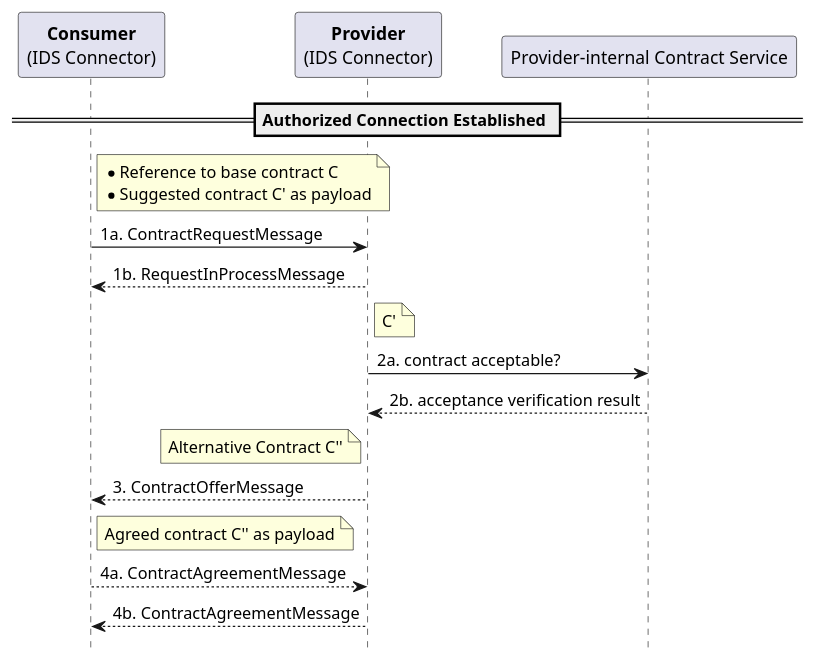
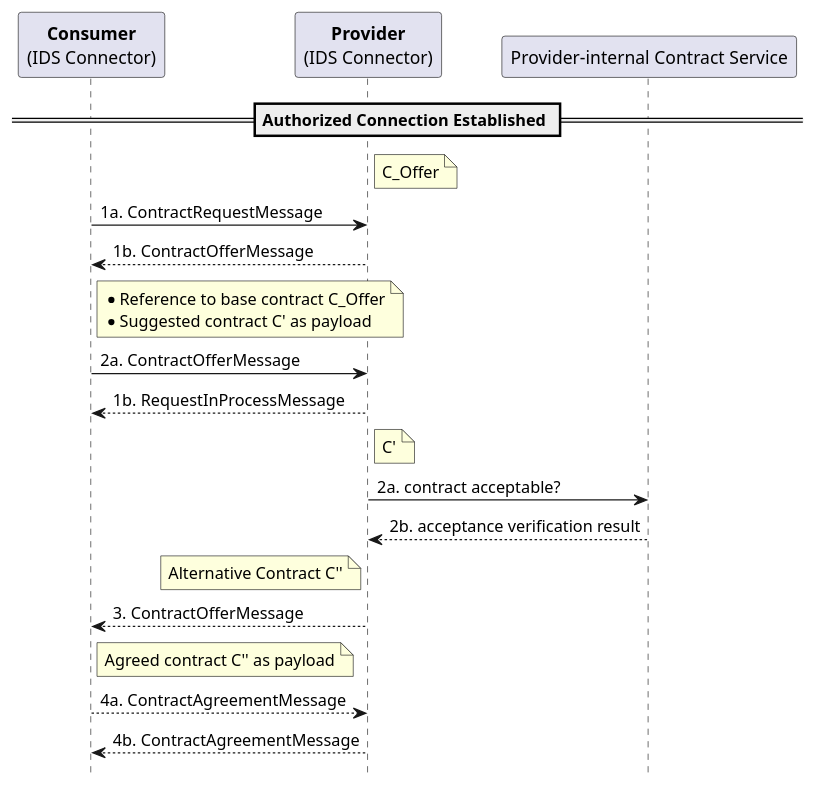
The diagram in contract_negotiation.plantuml (IndustrialDataSpace/Documentation), drawn with PlantUML before and after one commit. The commit also changed 3 other files, not shown here.

```diff
--- a/contract_negotiation.plantuml
+++ b/contract_negotiation.plantuml
@@ -1,27 +1,31 @@
 @startuml
 
 hide footbox
 
 participant "**Consumer**\n(IDS Connector)" as C
 participant "**Provider**\n(IDS Connector)" as P
 participant "Provider-internal Contract Service" as PCS
 
 == Authorized Connection Established ==
 
-note right of C: *Reference to base contract C\n* Suggested contract C' as payload
+note right of P: C_Offer
 C -> P: 1a. ContractRequestMessage
+C <-- P: 1b. ContractOfferMessage
+
+note right of C: *Reference to base contract C_Offer\n* Suggested contract C' as payload
+C -> P: 2a. ContractOfferMessage
 
 C <-- P: 1b. RequestInProcessMessage
 
 note right of P: C'
 P -> PCS: 2a. contract acceptable?
 P <-- PCS: 2b. acceptance verification result
 
 note left of P: Alternative Contract C''
 P --> C: 3. ContractOfferMessage
 
 note right of C: Agreed contract C'' as payload
 C --> P: 4a. ContractAgreementMessage
 P --> C: 4b. ContractAgreementMessage
 
 @enduml
```
